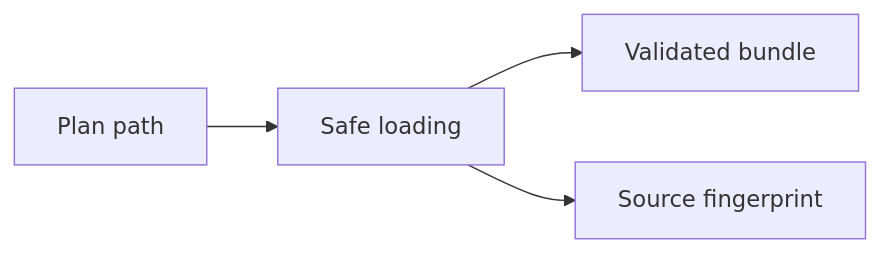
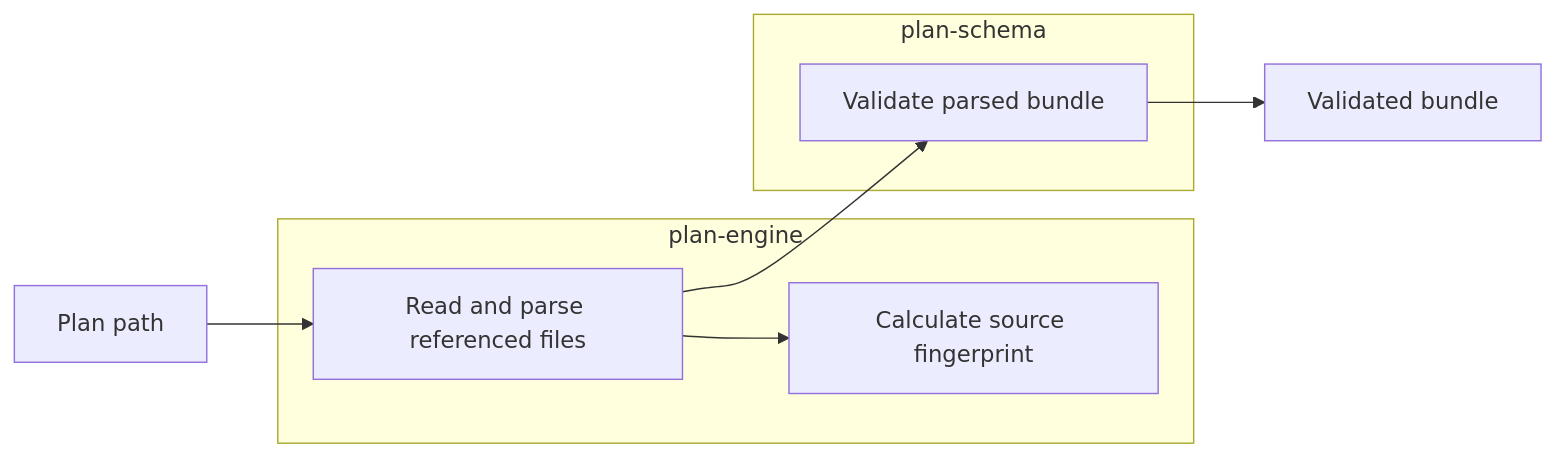
One commit to Scott-D-Hodgson/stagehand changed the diagram in Learning Plan/Phase 1/Lessons/06-plan-loading.md. Above: the diagram before and after it, drawn with Mermaid. The commit also changed 50 other files, not shown here.

````diff
--- a/Learning Plan/Phase 1/Lessons/06-plan-loading.md
+++ b/Learning Plan/Phase 1/Lessons/06-plan-loading.md
@@ -7,6 +7,12 @@
 ```mermaid
 flowchart LR
-    P[Plan path] --> L[Safe loading]
-    L --> B[Validated bundle]
-    L --> F[Source fingerprint]
+    P[Plan path] --> R
+    subgraph E[plan-engine]
+        R[Read and parse referenced files] --> F[Calculate source fingerprint]
+    end
+    subgraph S[plan-schema]
+        V[Validate parsed bundle]
+    end
+    R --> V
+    V --> B[Validated bundle]
 ```
````
